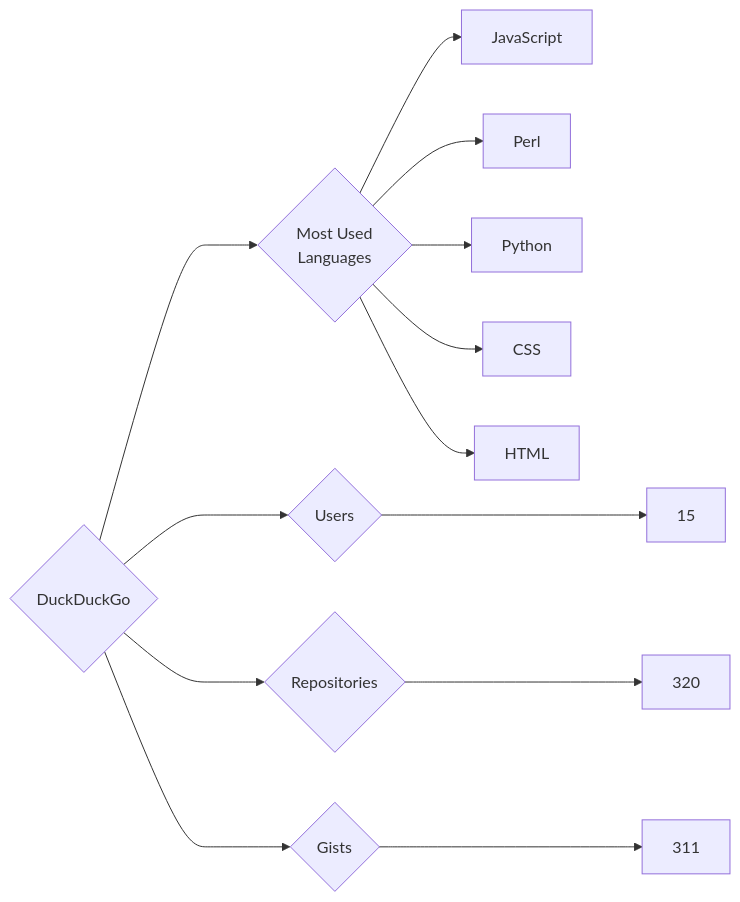
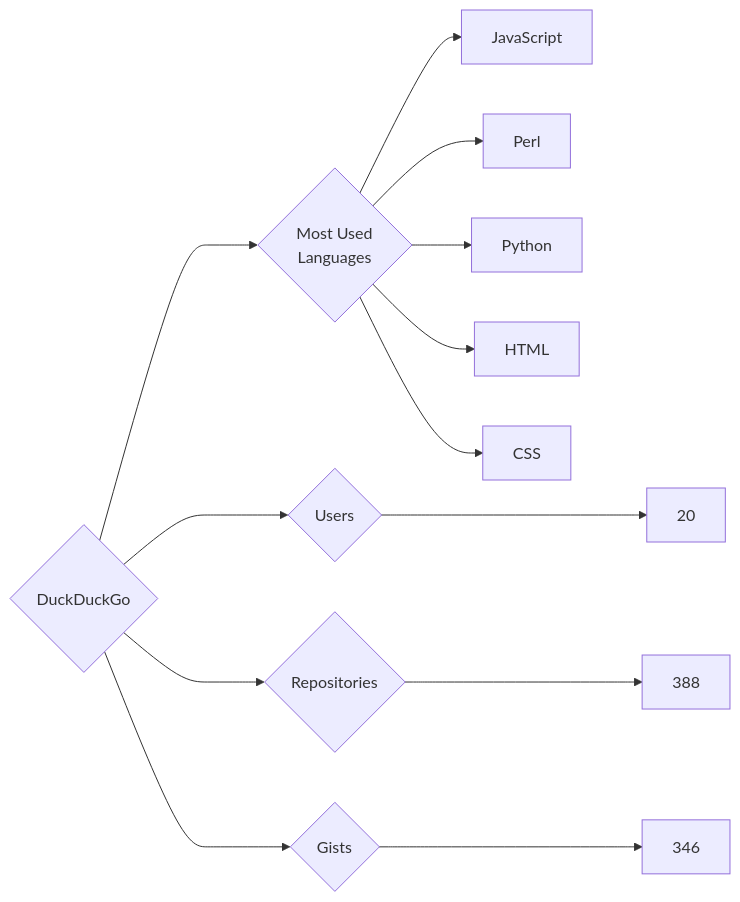
The diagram in targets/DuckDuckGo/README.md (trickest/insiders), drawn with Mermaid before and after one commit. The commit also changed 714 other files, not shown here.

````diff
--- a/targets/DuckDuckGo/README.md
+++ b/targets/DuckDuckGo/README.md
@@ -3,13 +3,13 @@
 ```mermaid
 graph LR
 COMPANY_NAME{DuckDuckGo}
-COMPANY_NAME ---> U{Users} ---> UN[15]
-COMPANY_NAME ---> R{Repositories} ---> RN[320]
-COMPANY_NAME ---> G{Gists} ---> GN[311]
+COMPANY_NAME ---> U{Users} ---> UN[20]
+COMPANY_NAME ---> R{Repositories} ---> RN[388]
+COMPANY_NAME ---> G{Gists} ---> GN[346]
 COMPANY_NAME ---> ML{Most Used<br>Languages}
 ML --> JavaScript[JavaScript]
 ML --> Perl[Perl]
 ML --> Python[Python]
+ML --> HTML[HTML]
 ML --> CSS[CSS]
-ML --> HTML[HTML]
 ```
````
